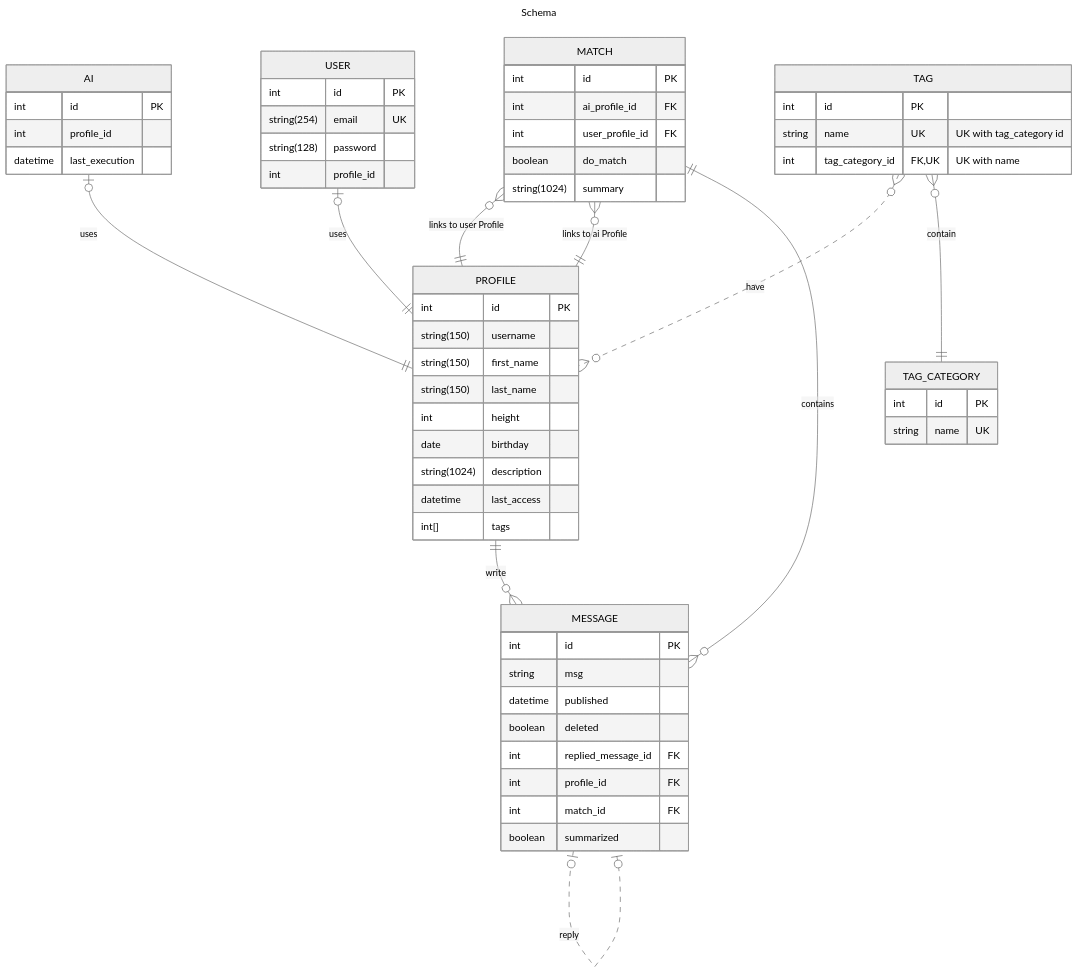
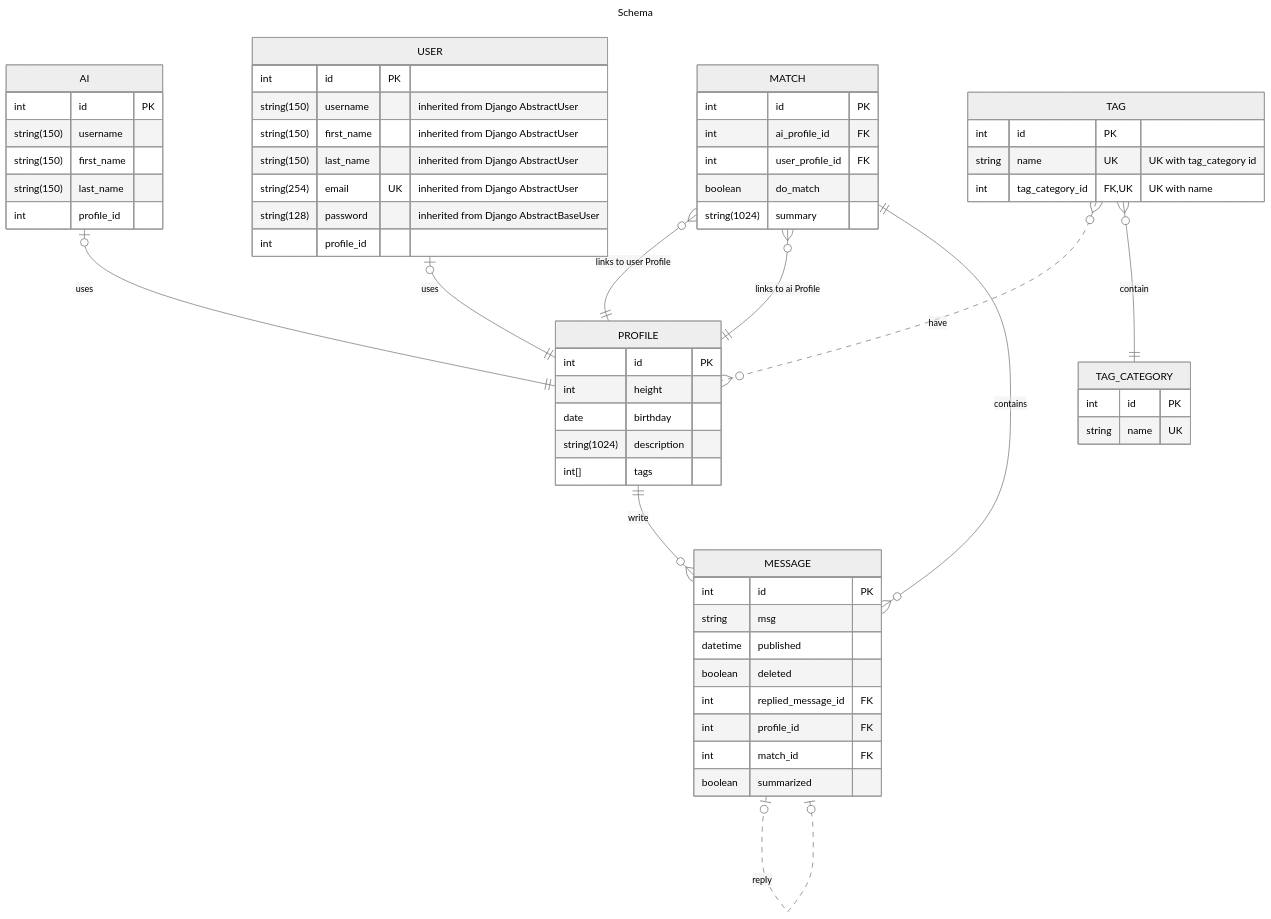
One commit to MaribelSR/tAInder changed the diagram in docs/schema.md. Above: the diagram before and after it, drawn with Mermaid (neutral theme). The commit also changed 15 other files, not shown here.

First line of the commit message:
backend: Refactor Django & tainder User. (#65)

````diff
--- a/docs/schema.md
+++ b/docs/schema.md
@@ -1,70 +1,71 @@
 ```mermaid
 ---
 title: Schema
 ---
 erDiagram
     PROFILE ||--o{ MESSAGE : write
     MESSAGE |o..o| MESSAGE : reply
     AI |o--|| PROFILE : uses
     USER |o--|| PROFILE : uses
     MATCH }o--|| PROFILE : "links to user Profile"
     MATCH }o--|| PROFILE : "links to ai Profile"
     MATCH ||--o{ MESSAGE : contains
     TAG }o..o{ PROFILE : have
     TAG }o--|| TAG_CATEGORY : contain
 
     PROFILE {
         int id PK
-        string(150) username
-        string(150) first_name
-        string(150) last_name
         int height
         date birthday
         string(1024) description
-        datetime last_access
         int[] tags
     }
 
     USER {
         int id PK
-        string(254) email UK
-        string(128) password
+        string(150) username "inherited from Django AbstractUser"
+        string(150) first_name "inherited from Django AbstractUser"
+        string(150) last_name "inherited from Django AbstractUser"
+        string(254) email UK "inherited from Django AbstractUser"
+        string(128) password "inherited from Django AbstractBaseUser"
         int profile_id
     }
 
     AI {
         int id PK
+        string(150) username
+        string(150) first_name
+        string(150) last_name
         int profile_id
-        datetime last_execution
     }
 
     MATCH {
         int id PK
         int ai_profile_id FK
         int user_profile_id FK
         boolean do_match
         string(1024) summary
     }
 
     MESSAGE {
         int id PK
         string msg
         datetime published
         boolean deleted
         int replied_message_id FK
         int profile_id FK
         int match_id FK
         boolean summarized
     }
 
     TAG {
         int id PK
         string name UK "UK with tag_category id"
         int tag_category_id FK,UK "UK with name"
     }
 
     TAG_CATEGORY {
         int id PK
         string name UK
     }
 ```
````
